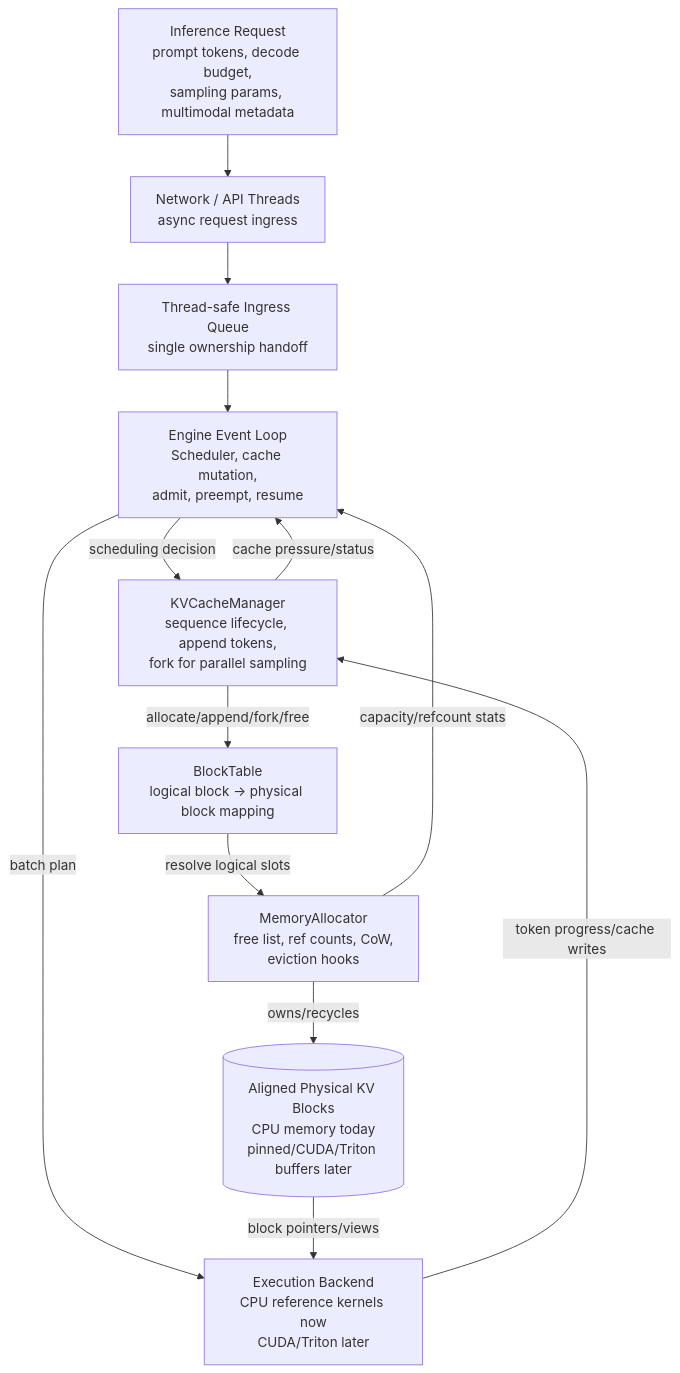
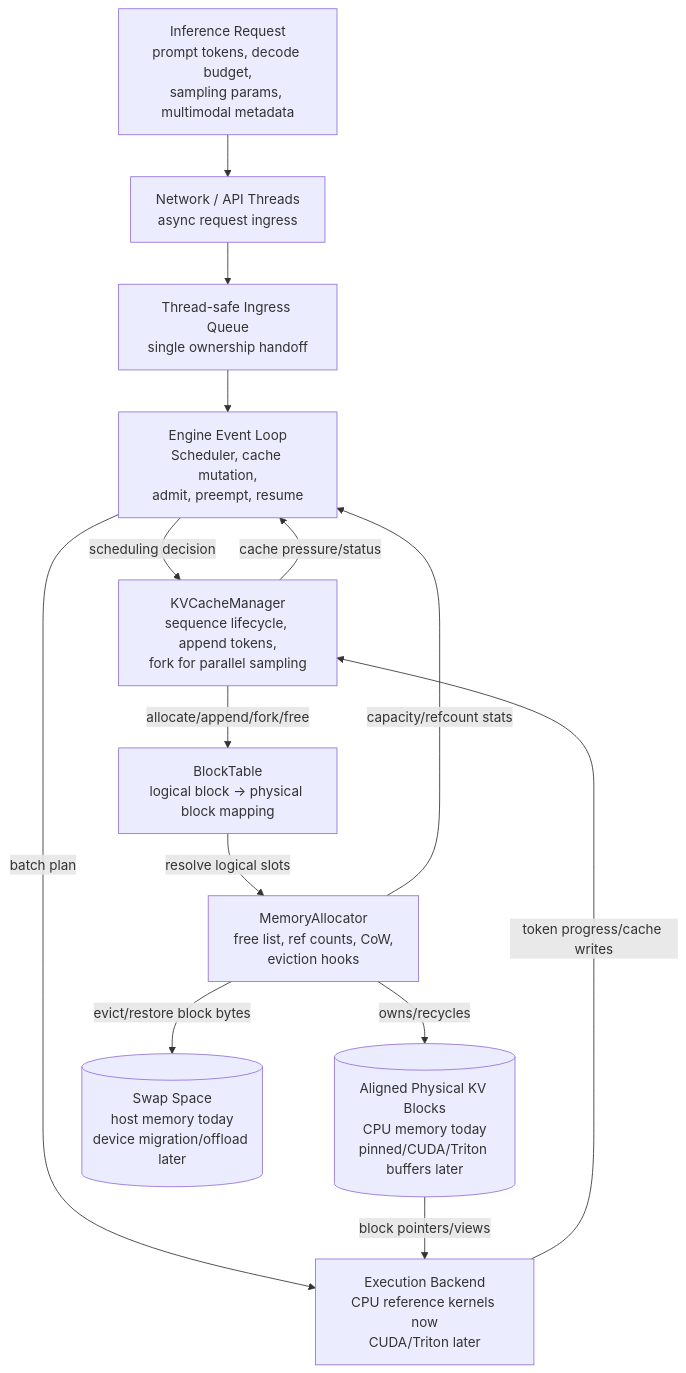
One commit to phhuang191129/QwenVL-Paged changed the diagram in docs/architecture.md. Above: the diagram before and after it, drawn with Mermaid. The commit also changed other lines of this file and 19 other files, not shown here.

````diff
--- a/docs/architecture.md
+++ b/docs/architecture.md
@@ -11,25 +11,27 @@
 ```mermaid
 flowchart TD
     R[Inference Request<br/>prompt tokens, decode budget,<br/>sampling params, multimodal metadata]
     NET[Network / API Threads<br/>async request ingress]
     SQ[Thread-safe Ingress Queue<br/>single ownership handoff]
     S[Engine Event Loop<br/>Scheduler, cache mutation,<br/>admit, preempt, resume]
     KVM[KVCacheManager<br/>sequence lifecycle, append tokens,<br/>fork for parallel sampling]
     BT[BlockTable<br/>logical block -> physical block mapping]
     MA[MemoryAllocator<br/>free list, ref counts, CoW,<br/>eviction hooks]
     PB[(Aligned Physical KV Blocks<br/>CPU memory today<br/>pinned/CUDA/Triton buffers later)]
+    SW[(Swap Space<br/>host memory today<br/>device migration/offload later)]
     EX[Execution Backend<br/>CPU reference kernels now<br/>CUDA/Triton later]
 
     R --> NET
     NET --> SQ
     SQ --> S
     S -- scheduling decision --> KVM
     S -- batch plan --> EX
     KVM -- allocate/append/fork/free --> BT
     BT -- resolve logical slots --> MA
     MA -- owns/recycles --> PB
+    MA -- evict/restore block bytes --> SW
     PB -- block pointers/views --> EX
     EX -- token progress/cache writes --> KVM
     KVM -- cache pressure/status --> S
     MA -- capacity/refcount stats --> S
 ```
````
